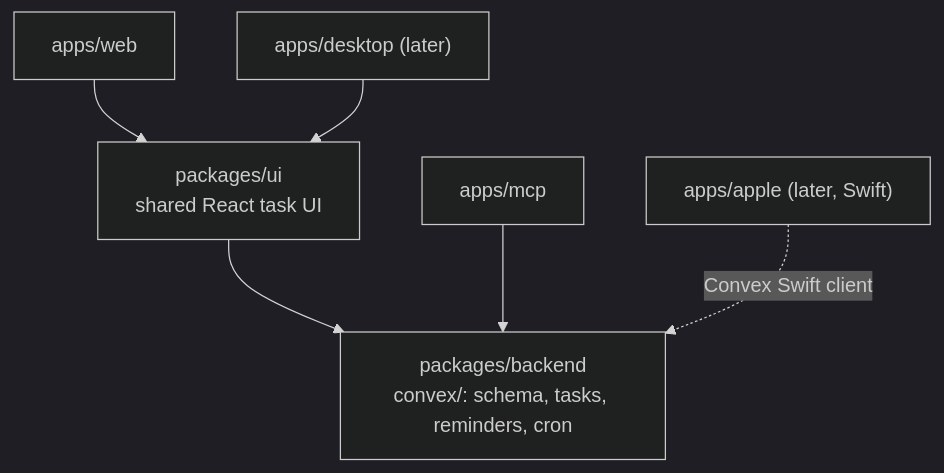
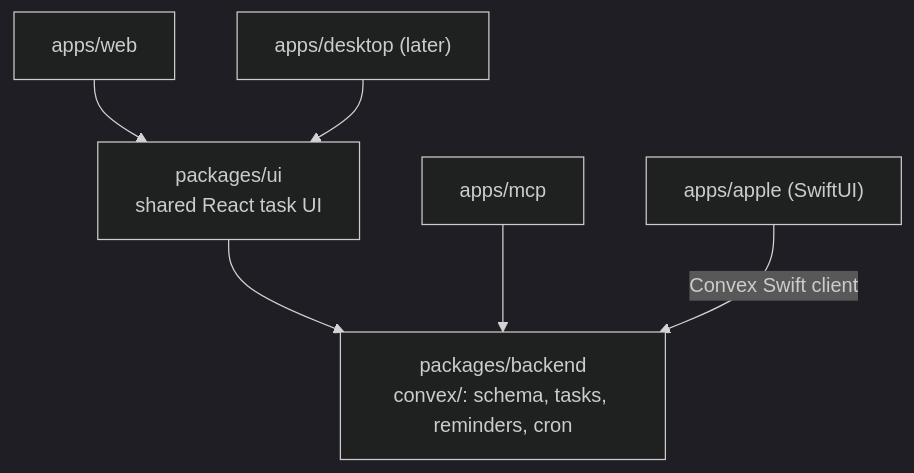
Before and after one commit to labdm/manager: the second of 2 diagrams in docs/architecture.md, drawn with Mermaid (dark theme). The commit also changed other lines of this file and 61 other files, not shown here.

First line of the commit message:
Add native SwiftUI Apple client and fix glass layout regression

````diff
--- a/docs/architecture.md
+++ b/docs/architecture.md
@@ -41,10 +41,10 @@
 ```mermaid
 flowchart TB
   BACKEND["packages/backend<br/>convex/: schema, tasks, reminders, cron"]
   UI["packages/ui<br/>shared React task UI"]
   WEB["apps/web"] --> UI
   DESK["apps/desktop (later)"] --> UI
   UI --> BACKEND
   MCPAPP["apps/mcp"] --> BACKEND
-  APPLE["apps/apple (later, Swift)"] -. "Convex Swift client" .-> BACKEND
+  APPLE["apps/apple (SwiftUI)"] -- "Convex Swift client" --> BACKEND
 ```
````
